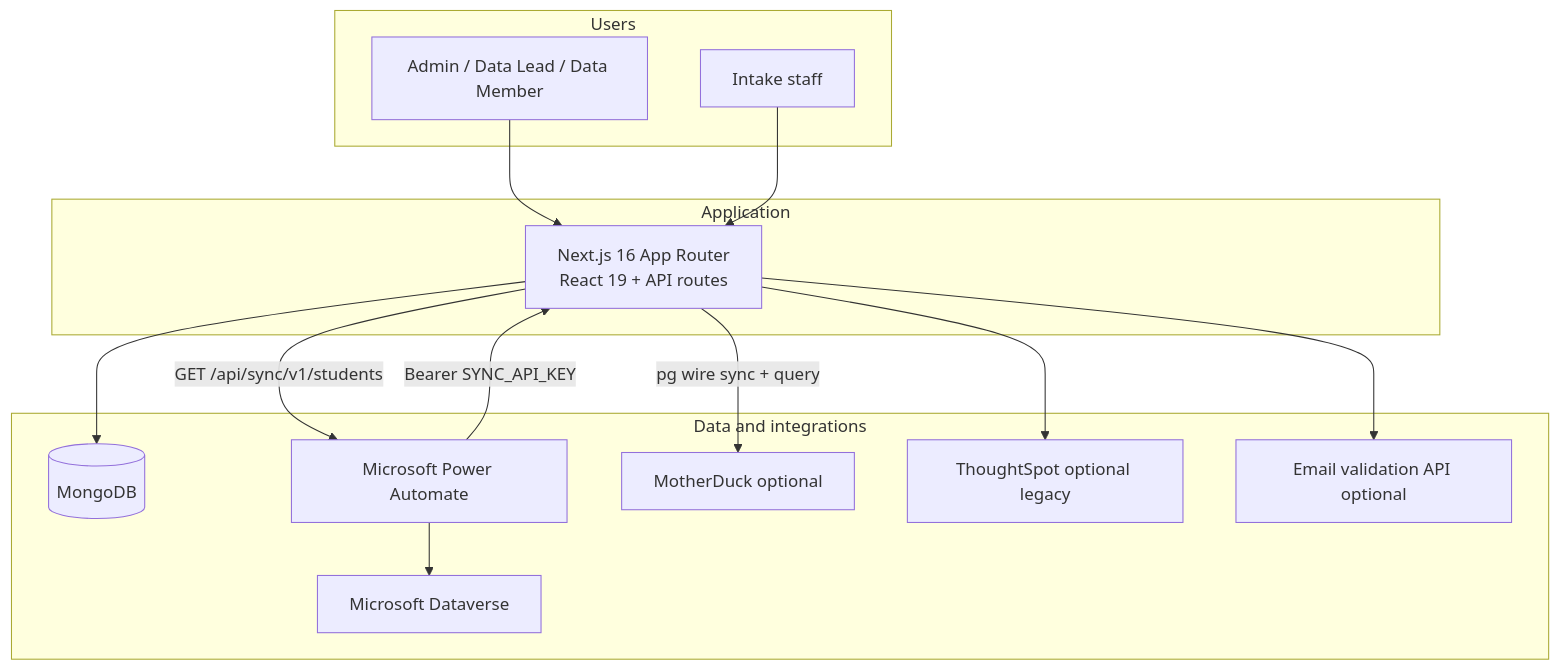
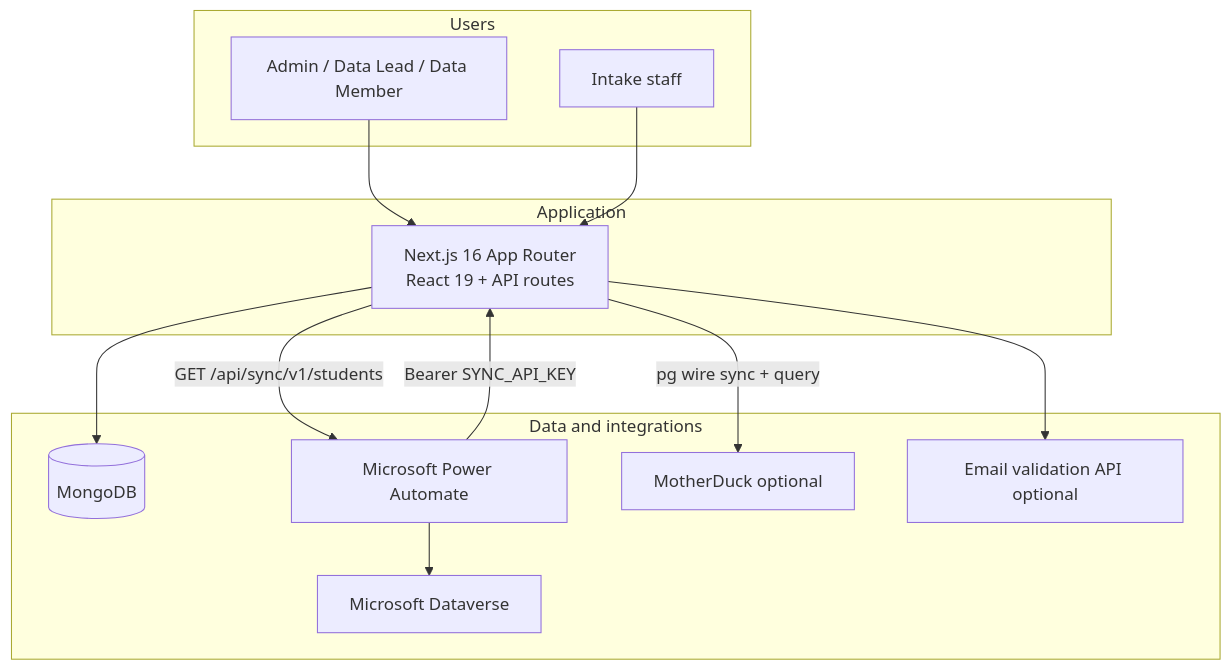
One commit to jjaramillodoe/student-label-system changed the diagram in docs/contributors/system-architecture.mdx. Above: the diagram before and after it, drawn with Mermaid. The commit also changed other lines of this file and 19 other files, not shown here.

First line of the commit message:
Remove unused ThoughtSpot analytics integration.

````diff
--- a/docs/contributors/system-architecture.mdx
+++ b/docs/contributors/system-architecture.mdx
@@ -14,30 +14,28 @@
 ```mermaid
 flowchart TB
   subgraph users [Users]
     Admin[Admin / Data Lead / Data Member]
     Intake[Intake staff]
   end
 
   subgraph app [Application]
     Next[Next.js 16 App Router<br/>React 19 + API routes]
   end
 
   subgraph data [Data and integrations]
     Mongo[(MongoDB)]
     PA[Microsoft Power Automate]
     DV[Microsoft Dataverse]
     MD[MotherDuck optional]
-    TS[ThoughtSpot optional legacy]
     EmailVal[Email validation API optional]
   end
 
   Admin --> Next
   Intake --> Next
   Next --> Mongo
   PA -->|Bearer SYNC_API_KEY| Next
   Next -->|GET /api/sync/v1/students| PA
   PA --> DV
   Next -->|pg wire sync + query| MD
-  Next --> TS
   Next --> EmailVal
 ```
````
